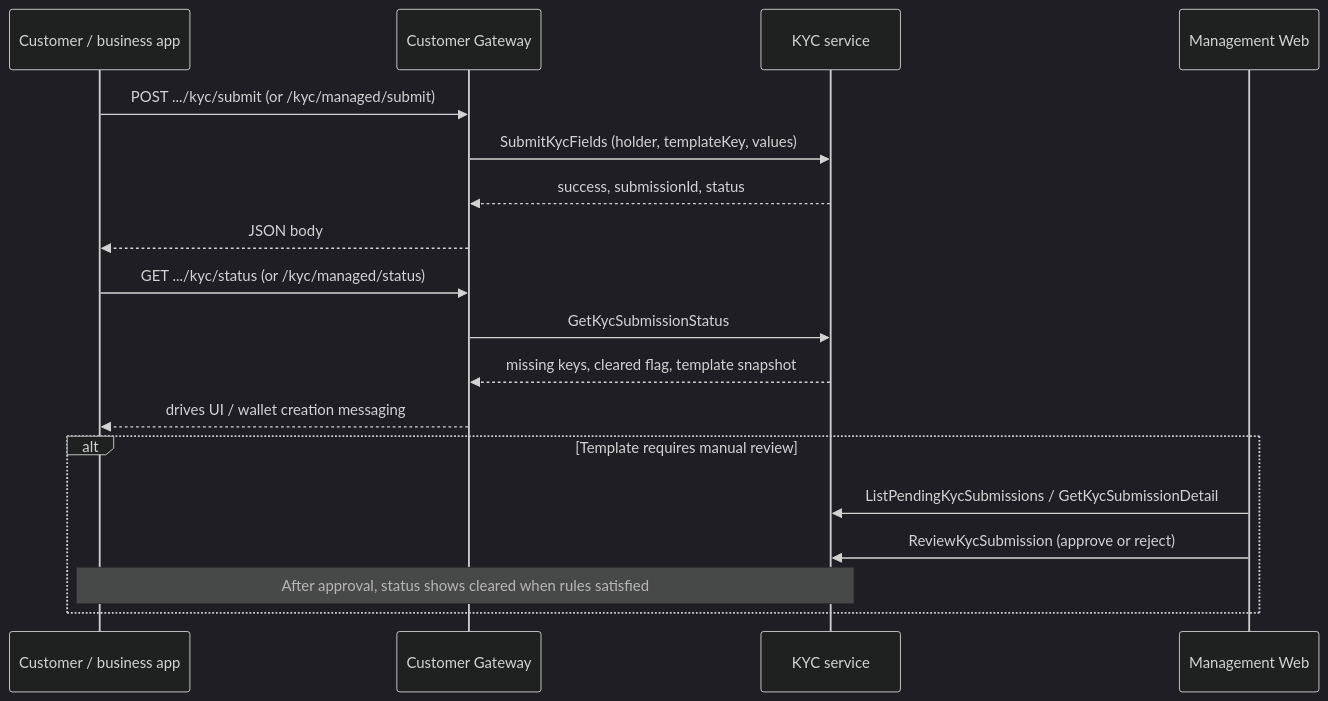
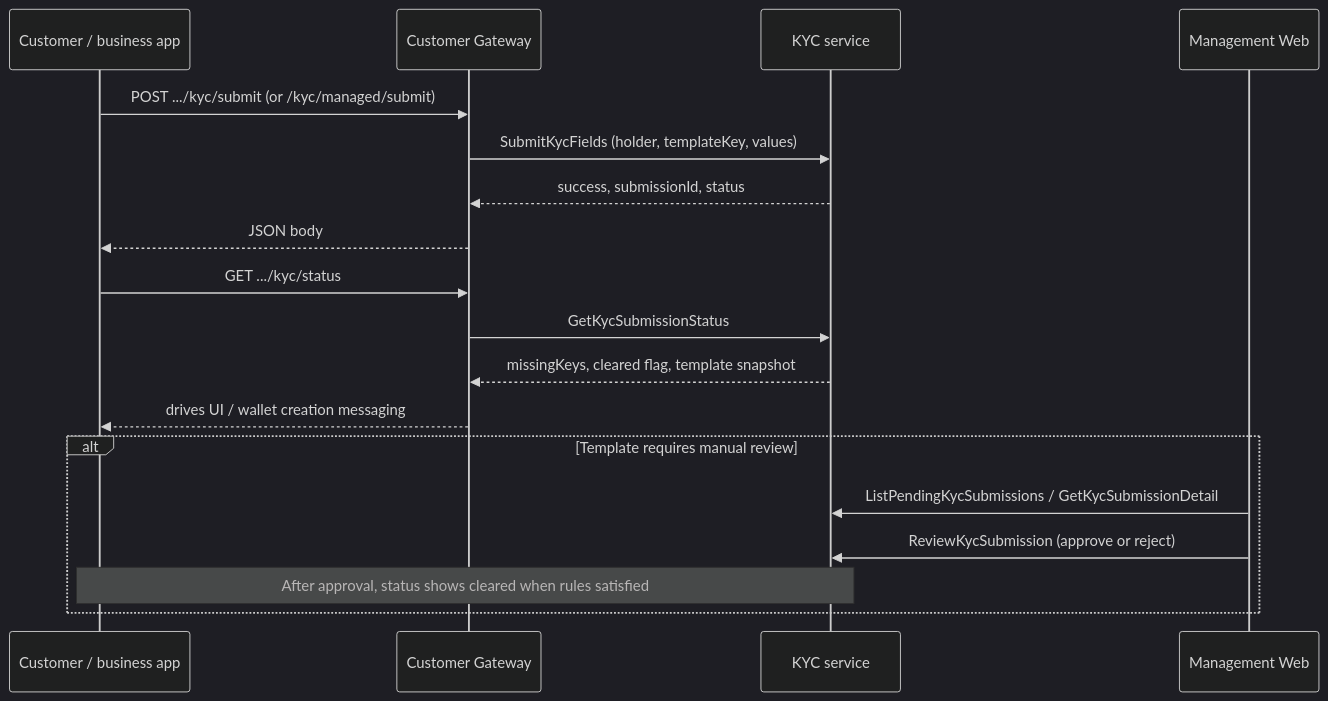
Before and after one commit to mitf-dev-space/mitf_wallet_public_docs: the diagram in docs/architecture/kyc-flow-validation-and-portal-approval.md, drawn with Mermaid (dark theme). The commit also changed other lines of this file and 30 other files, not shown here.

````diff
--- a/docs/architecture/kyc-flow-validation-and-portal-approval.md
+++ b/docs/architecture/kyc-flow-validation-and-portal-approval.md
@@ -45,23 +43,23 @@
 ```mermaid
 sequenceDiagram
   participant App as Customer / business app
   participant GW as Customer Gateway
   participant KYC as KYC service
   participant Staff as Management Web
 
   App->>GW: POST .../kyc/submit (or /kyc/managed/submit)
   GW->>KYC: SubmitKycFields (holder, templateKey, values)
   KYC-->>GW: success, submissionId, status
   GW-->>App: JSON body
 
-  App->>GW: GET .../kyc/status (or /kyc/managed/status)
+  App->>GW: GET .../kyc/status
   GW->>KYC: GetKycSubmissionStatus
-  KYC-->>GW: missing keys, cleared flag, template snapshot
+  KYC-->>GW: missingKeys, cleared flag, template snapshot
   GW-->>App: drives UI / wallet creation messaging
 
   alt Template requires manual review
     Staff->>KYC: ListPendingKycSubmissions / GetKycSubmissionDetail
     Staff->>KYC: ReviewKycSubmission (approve or reject)
     Note over App,KYC: After approval, status shows cleared when rules satisfied
   end
 ```
````
